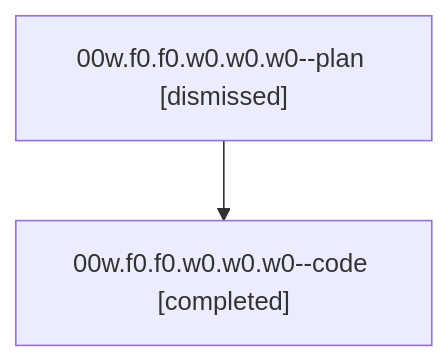
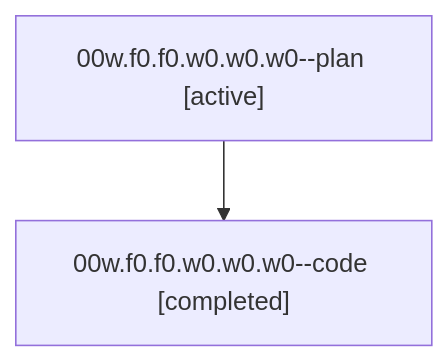
Before and after one commit to bobs-org/bob-cli--agents: the diagram in families/bbugyi200.athena.00w.f0.f0.w0.w0.w0.md, drawn with Mermaid. The commit also changed other lines of this file and 1279 other files, not shown here.

````diff
--- a/families/bbugyi200.athena.00w.f0.f0.w0.w0.w0.md
+++ b/families/bbugyi200.athena.00w.f0.f0.w0.w0.w0.md
@@ -9,6 +9,6 @@
 ```mermaid
 flowchart TD
-  n0["00w.f0.f0.w0.w0.w0--plan [dismissed]"]
+  n0["00w.f0.f0.w0.w0.w0--plan [active]"]
   n1["00w.f0.f0.w0.w0.w0--code [completed]"]
   n0 --> n1
 ```
````
